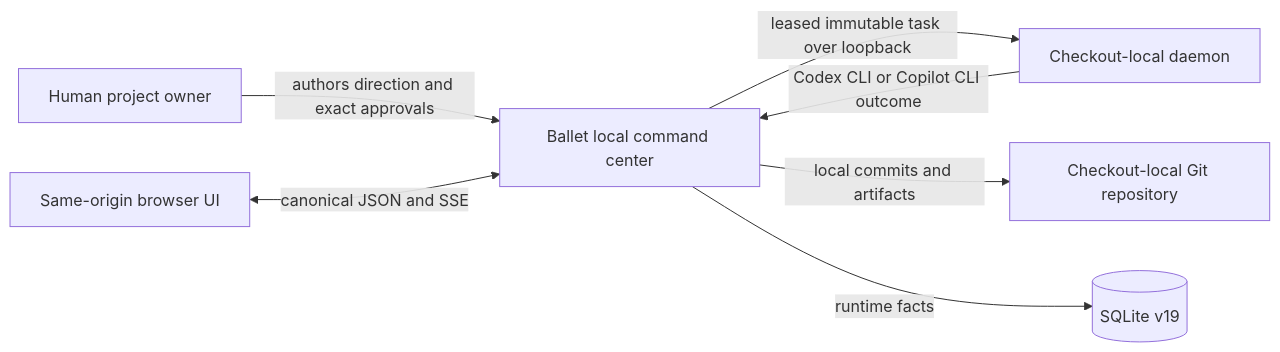
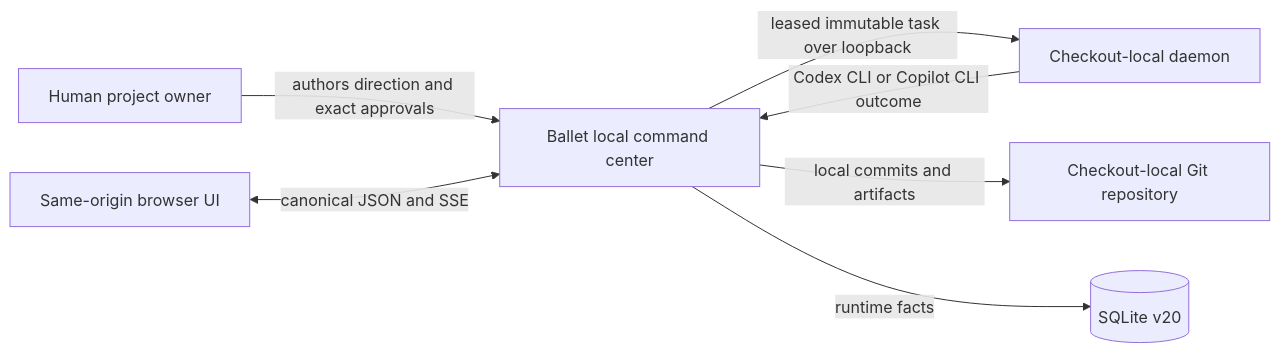
One commit to isinisalo/ballet changed the first of 6 diagrams in ARCHITECTURE.md. Above: the diagram before and after it, drawn with Mermaid. The commit also changed other lines of this file and 57 other files, not shown here.

````diff
--- a/ARCHITECTURE.md
+++ b/ARCHITECTURE.md
@@ -34,9 +34,9 @@
 ```mermaid
 flowchart LR
   Human[Human project owner] -->|authors direction and exact approvals| Ballet[Ballet local command center]
   Ballet -->|leased immutable task over loopback| Daemon[Checkout-local daemon]
   Daemon -->|Codex CLI or Copilot CLI outcome| Ballet
   Ballet -->|local commits and artifacts| Git[Checkout-local Git repository]
-  Ballet -->|runtime facts| DB[(SQLite v19)]
+  Ballet -->|runtime facts| DB[(SQLite v20)]
   Browser[Same-origin browser UI] <-->|canonical JSON and SSE| Ballet
 ```
````
